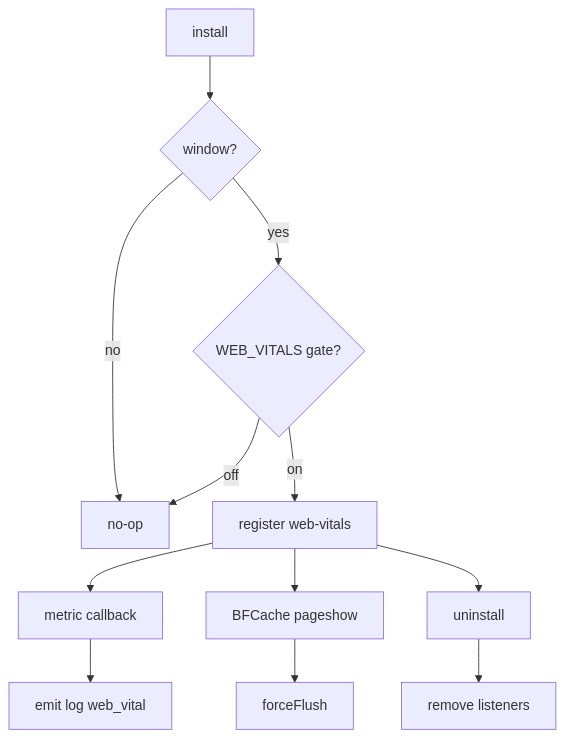
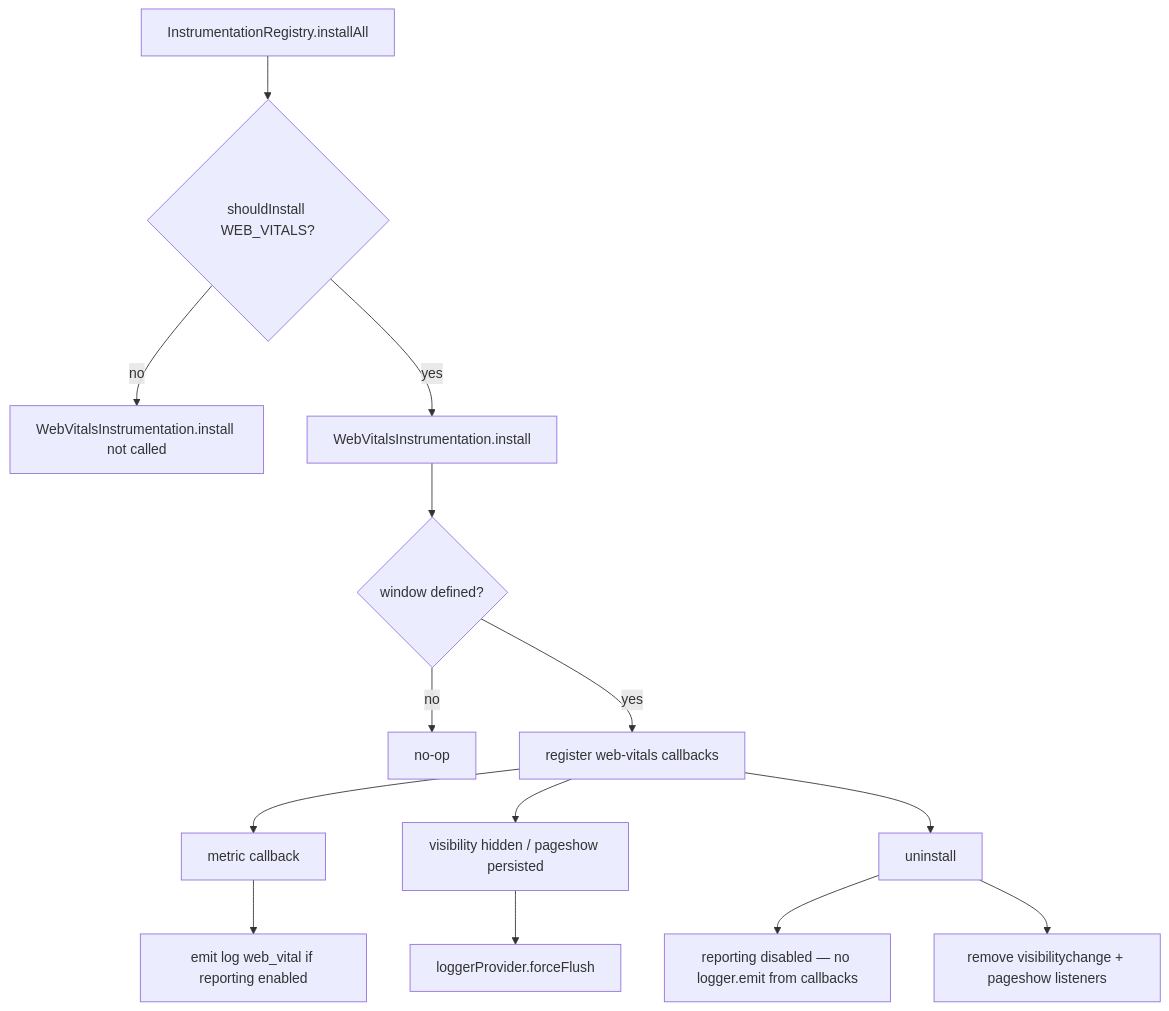
Before and after one commit to dream-horizon-org/pulse: the third of 3 diagrams in pulse-web-otel/docs/instrumentations/web-vitals/SPEC.md, drawn with Mermaid. The commit also changed other lines of this file and 19 other files, not shown here.

First line of the commit message:
feat(web-sdk): bump web-vitals to v5; drop FID; always emit nav attrs and delta

````diff
--- a/pulse-web-otel/docs/instrumentations/web-vitals/SPEC.md
+++ b/pulse-web-otel/docs/instrumentations/web-vitals/SPEC.md
@@ -74,14 +100,16 @@
 ```mermaid
 flowchart TD
-  I[install] --> SSR{window?}
+  IA[InstrumentationRegistry.installAll] --> G{shouldInstall WEB_VITALS?}
+  G -->|no| Z0[WebVitalsInstrumentation.install not called]
+  G -->|yes| I[WebVitalsInstrumentation.install]
+  I --> SSR{window defined?}
   SSR -->|no| Z[no-op]
-  SSR -->|yes| G{WEB_VITALS gate?}
-  G -->|off| Z
-  G -->|on| H[register web-vitals]
+  SSR -->|yes| H[register web-vitals callbacks]
   H --> M[metric callback]
-  M --> E[emit log web_vital]
-  H --> BF[BFCache pageshow]
-  BF --> F[forceFlush]
+  M --> E[emit log web_vital if reporting enabled]
+  H --> BF[visibility hidden / pageshow persisted]
+  BF --> F[loggerProvider.forceFlush]
   H --> U[uninstall]
-  U --> R[remove listeners]
+  U --> R[reporting disabled — no logger.emit from callbacks]
+  U --> L[remove visibilitychange + pageshow listeners]
 ```
````
